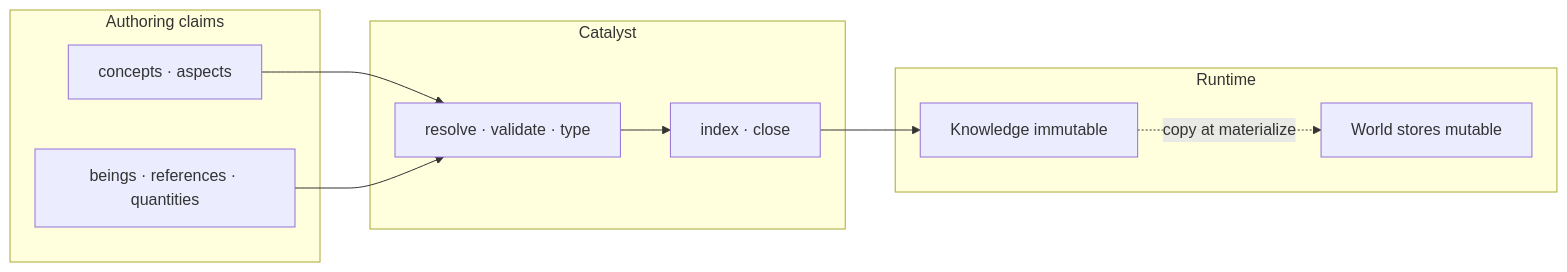
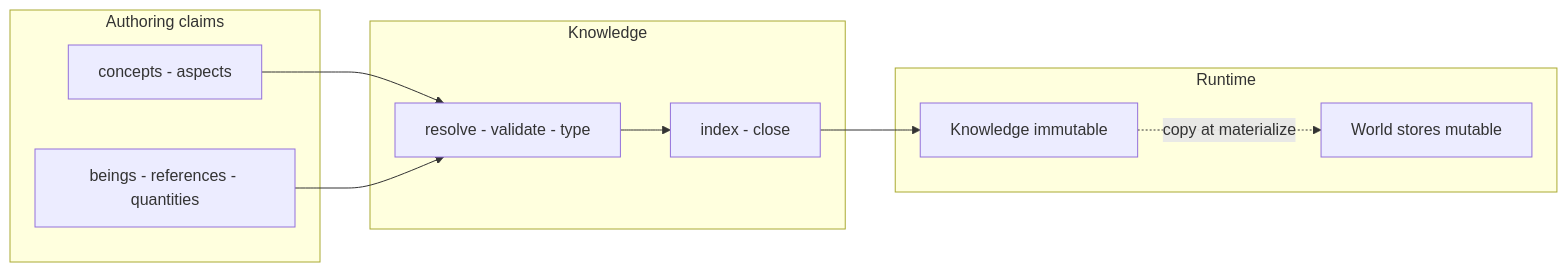
One commit to fm39hz/fm39hz-blogs changed the fourth of 6 diagrams in src/content/articles/another-way-to-think-about-game-architecture.md. Above: the diagram before and after it, drawn with Mermaid. The commit also changed other lines of this file and 4 other files, not shown here.

````diff
--- a/src/content/articles/another-way-to-think-about-game-architecture.md
+++ b/src/content/articles/another-way-to-think-about-game-architecture.md
@@ -215,23 +217,23 @@
 ```mermaid
 flowchart LR
     subgraph Authoring claims
-        C["concepts · aspects"]
-        B["beings · references · quantities"]
+        C["concepts - aspects"]
+        B["beings - references - quantities"]
     end
 
-    subgraph Catalyst
-        I["resolve · validate · type"]
-        E["index · close"]
+    subgraph Knowledge
+        I["resolve - validate - type"]
+        E["index - close"]
     end
 
     subgraph Runtime
         K["Knowledge immutable"]
         W["World stores mutable"]
     end
 
     C --> I
     B --> I
     I --> E
     E --> K
     K -.->|"copy at materialize"| W
 ```
````
